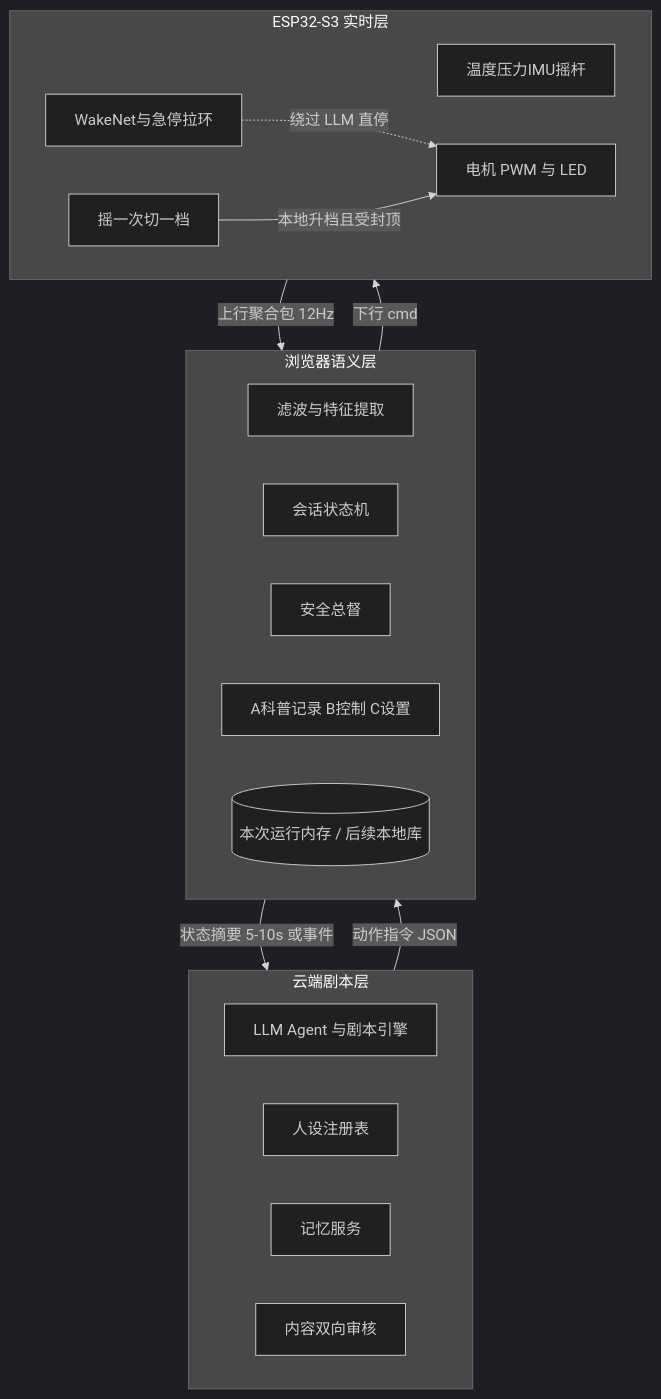
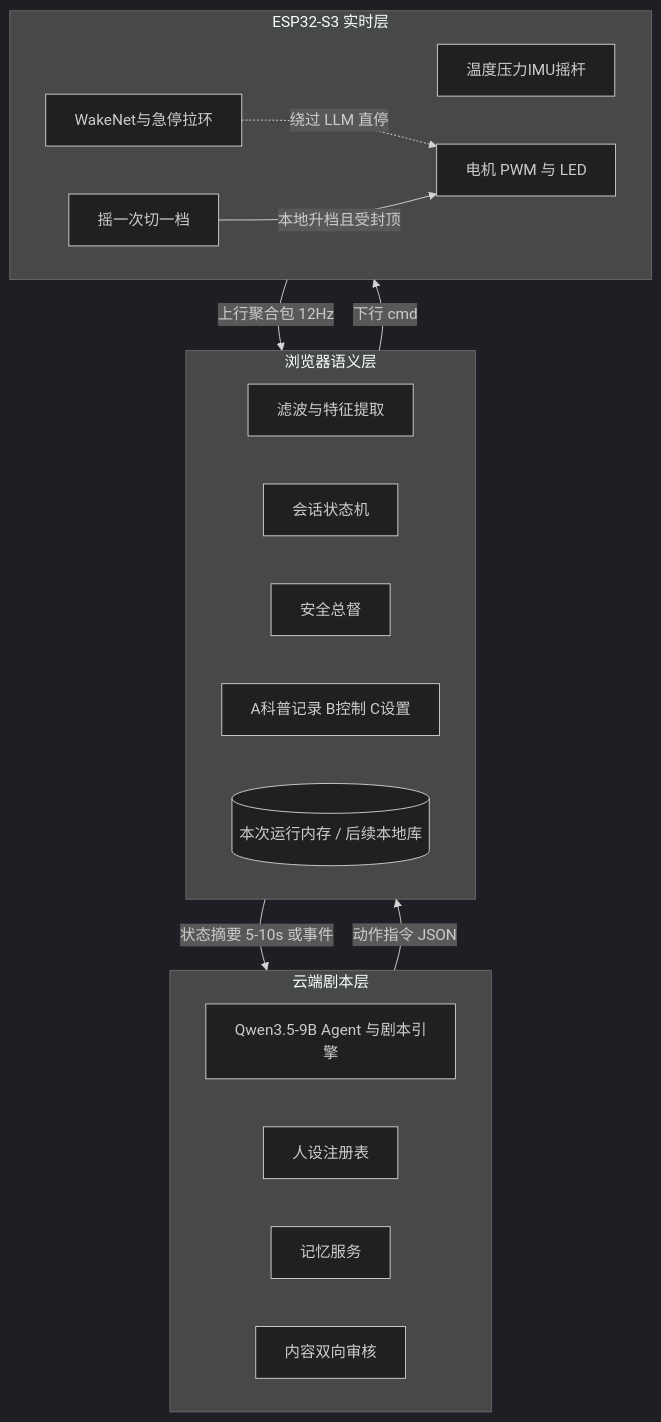
The first of 3 diagrams in docs/architecture/产品架构.md (Binomial-distribution/nascent), drawn with Mermaid (dark theme) before and after one commit. The commit also changed other lines of this file and 19 other files, not shown here.

First line of the commit message:
feat: add B-layer agent and body notes architecture

````diff
--- a/docs/architecture/产品架构.md
+++ b/docs/architecture/产品架构.md
@@ -66,28 +67,28 @@
 ```mermaid
 flowchart TB
   subgraph C[云端剧本层]
-    LLM[LLM Agent 与剧本引擎]
+    LLM[Qwen3.5-9B Agent 与剧本引擎]
     PR[人设注册表]
     MEM[记忆服务]
     AUD[内容双向审核]
   end
   subgraph A[浏览器语义层]
     FEAT[滤波与特征提取]
     FSM[会话状态机]
     GOV[安全总督]
     UI[A科普记录 B控制 C设置]
     DB[(本次运行内存 / 后续本地库)]
   end
   subgraph D[ESP32-S3 实时层]
     SEN[温度压力IMU摇杆]
     WN[WakeNet与急停拉环]
     JOY[摇一次切一档]
     ACT[电机 PWM 与 LED]
   end
   C -->|动作指令 JSON| A
   A -->|状态摘要 5-10s 或事件| C
   A -->|下行 cmd| D
   D -->|上行聚合包 12Hz| A
   WN -.->|绕过 LLM 直停| ACT
   JOY -->|本地升档且受封顶| ACT
 ```
````
